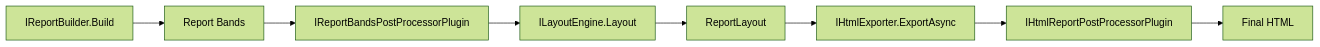
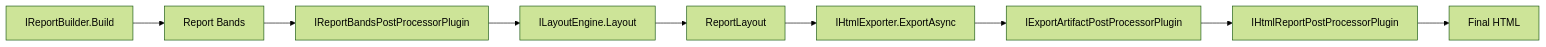
The second of 2 diagrams in docs/08-plugin-development-guide.md (Netcodr81/kinetic-reports), drawn with Mermaid (forest theme) before and after one commit. The commit also changed other lines of this file and 27 other files, not shown here.

````diff
--- a/docs/08-plugin-development-guide.md
+++ b/docs/08-plugin-development-guide.md
@@ -41,10 +44,11 @@
 ```mermaid
 flowchart LR
 	A[IReportBuilder.Build] --> B[Report Bands]
 	B --> C[IReportBandsPostProcessorPlugin]
 	C --> D[ILayoutEngine.Layout]
 	D --> E[ReportLayout]
 	E --> F[IHtmlExporter.ExportAsync]
-	F --> G[IHtmlReportPostProcessorPlugin]
-	G --> H[Final HTML]
+	F --> G[IExportArtifactPostProcessorPlugin]
+	G --> H[IHtmlReportPostProcessorPlugin]
+	H --> I[Final HTML]
 ```
````
